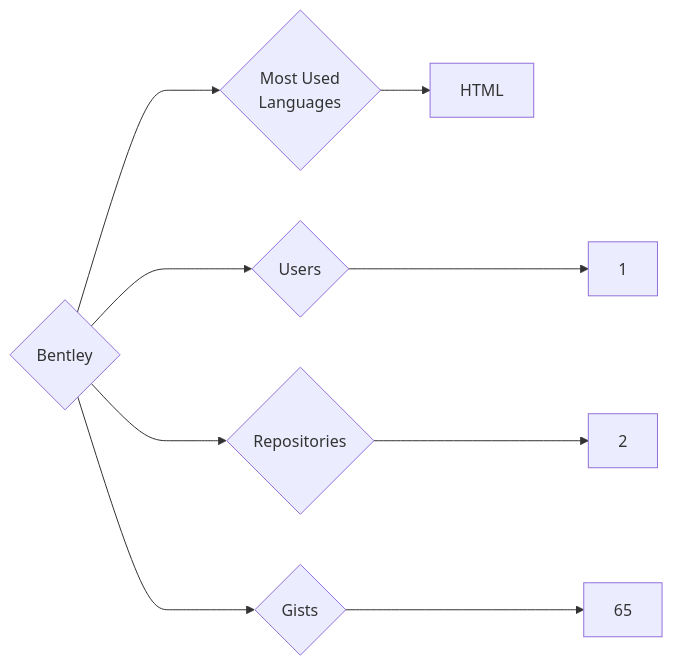
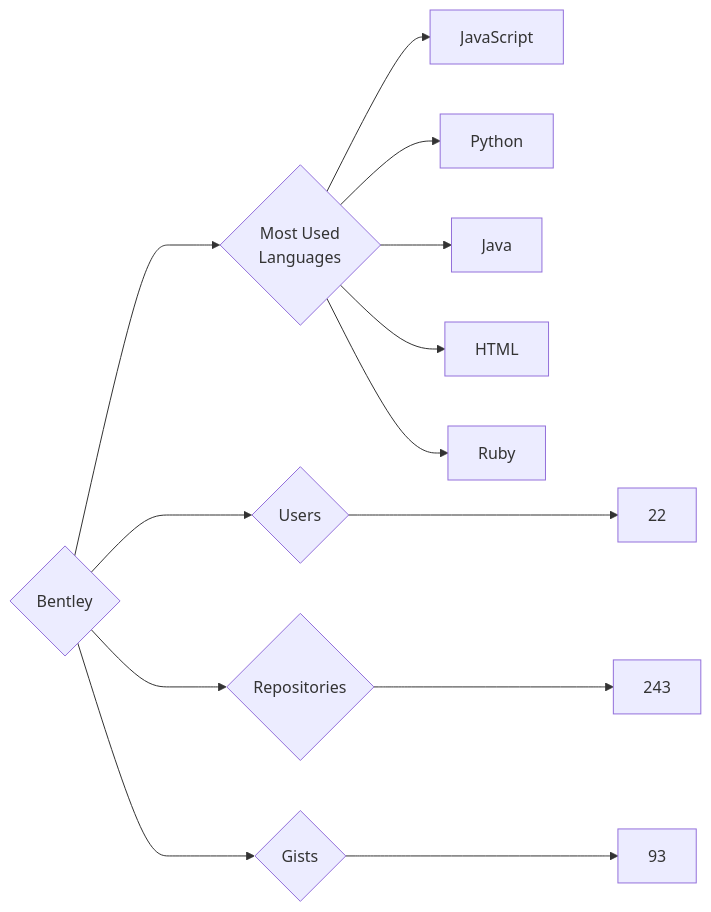
The diagram in targets/Bentley/README.md (trickest/insiders), drawn with Mermaid before and after one commit. The commit also changed 912 other files, not shown here.

````diff
--- a/targets/Bentley/README.md
+++ b/targets/Bentley/README.md
@@ -3,9 +3,13 @@
 ```mermaid
 graph LR
 COMPANY_NAME{Bentley}
-COMPANY_NAME ---> U{Users} ---> UN[1]
-COMPANY_NAME ---> R{Repositories} ---> RN[2]
-COMPANY_NAME ---> G{Gists} ---> GN[65]
+COMPANY_NAME ---> U{Users} ---> UN[22]
+COMPANY_NAME ---> R{Repositories} ---> RN[243]
+COMPANY_NAME ---> G{Gists} ---> GN[93]
 COMPANY_NAME ---> ML{Most Used<br>Languages}
+ML --> JavaScript[JavaScript]
+ML --> Python[Python]
+ML --> Java[Java]
 ML --> HTML[HTML]
+ML --> Ruby[Ruby]
 ```
````
